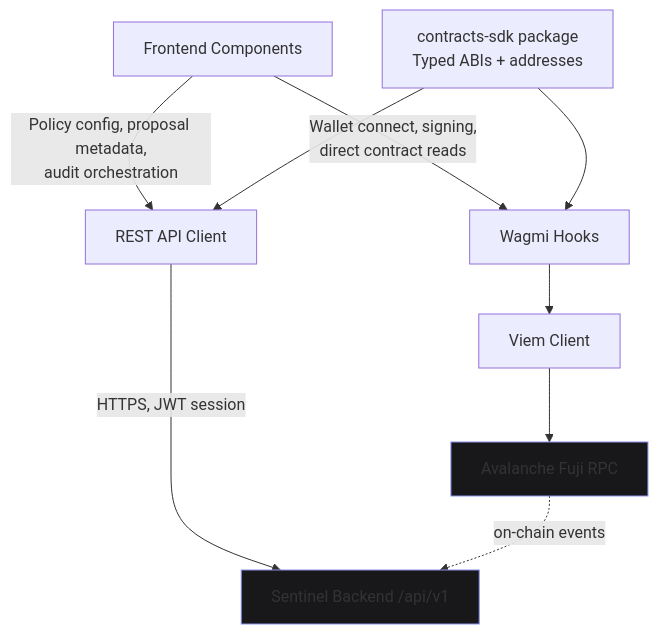
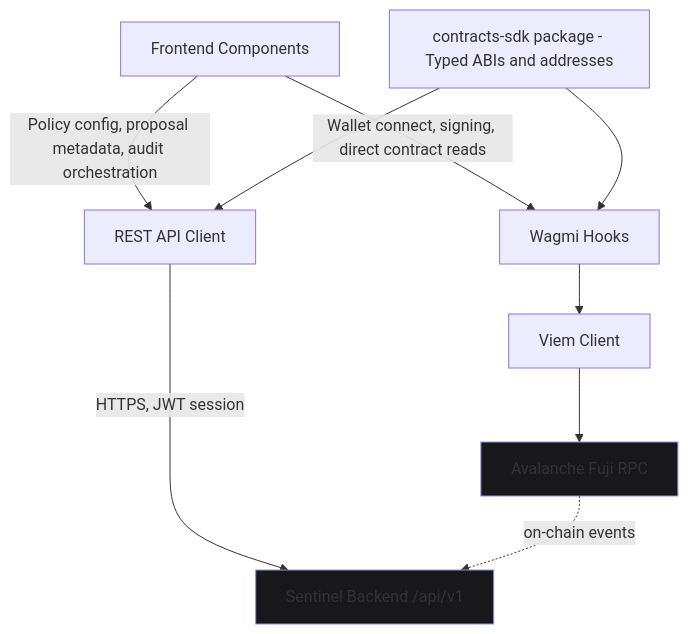
The fourth of 6 diagrams in README.md (Soujanya-Mctrl/Sentinel), drawn with Mermaid before and after one commit. The commit also changed other lines of this file, not shown here.

Commit message:
docs: update README mermaid diagrams to use flowchart syntax and refine textual descriptions

````diff
--- a/README.md
+++ b/README.md
@@ -107,19 +107,19 @@
 ```mermaid
-graph TD
+flowchart TD
     UI["Frontend Components"]
 
-    UI -->|"Wallet connect, signing,<br/>direct contract reads"| Wagmi["Wagmi Hooks"]
+    UI -->|"Wallet connect, signing, direct contract reads"| Wagmi["Wagmi Hooks"]
     Wagmi --> Viem["Viem Client"]
     Viem --> Chain["Avalanche Fuji RPC"]
 
-    UI -->|"Policy config, proposal metadata,<br/>audit orchestration"| APIClient["REST API Client"]
+    UI -->|"Policy config, proposal metadata, audit orchestration"| APIClient["REST API Client"]
     APIClient -->|"HTTPS, JWT session"| Backend["Sentinel Backend /api/v1"]
 
     Chain -.->|"on-chain events"| Backend
 
-    SDK["contracts-sdk package<br/>Typed ABIs + addresses"] --> Wagmi
+    SDK["contracts-sdk package - Typed ABIs and addresses"] --> Wagmi
     SDK --> APIClient
 
     style Chain fill:#18181B,stroke:#8B8FE8
     style Backend fill:#18181B,stroke:#8B8FE8
 ```
````
